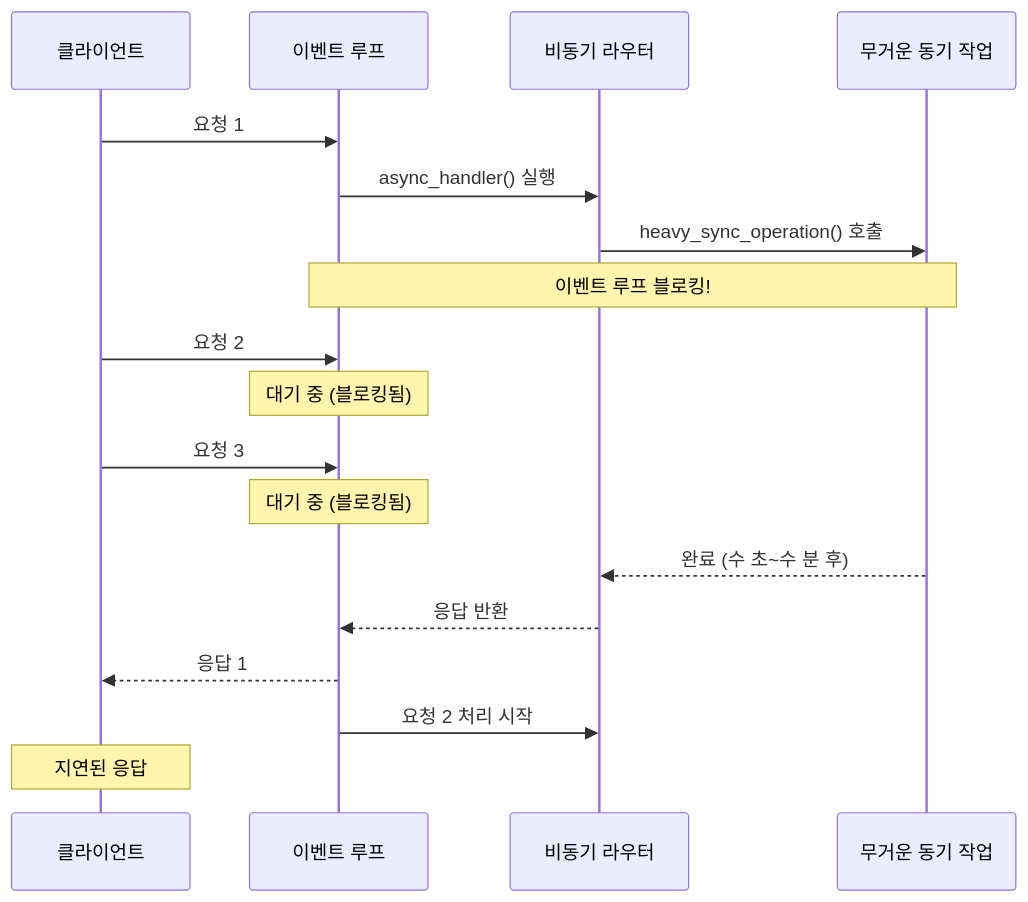
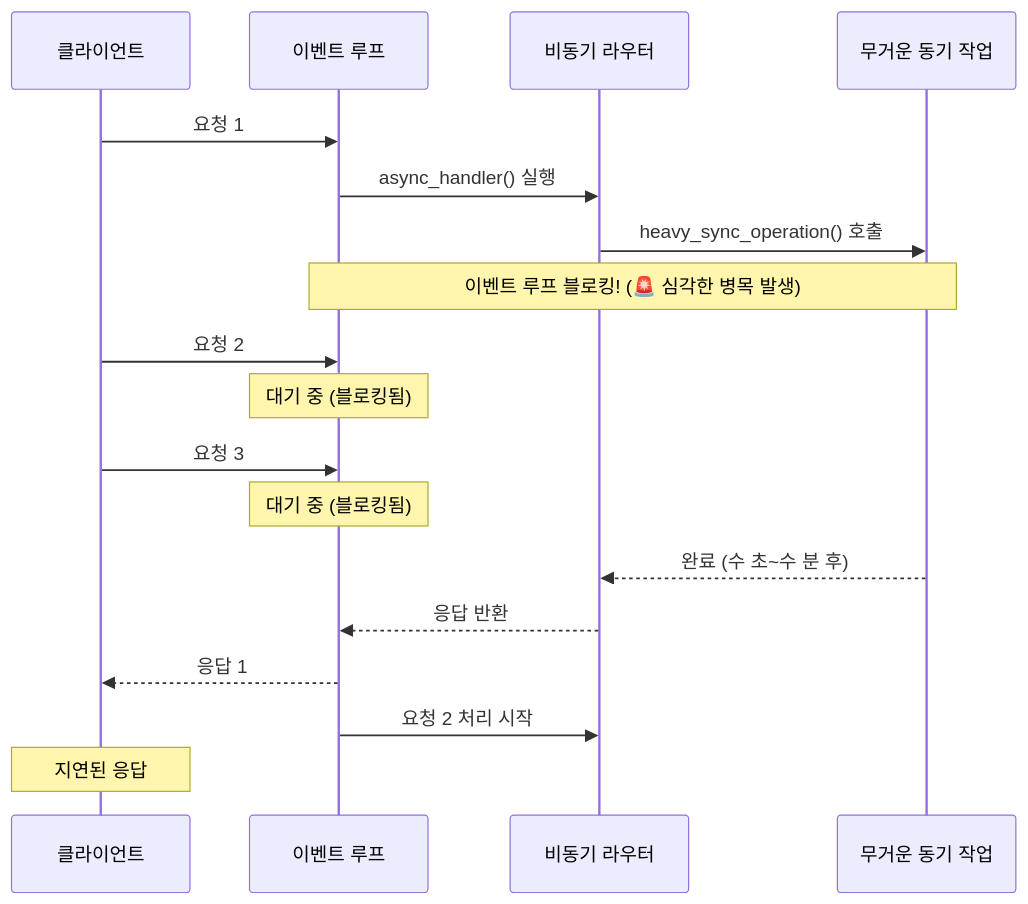
One commit to pai-bh/eventloop_debug changed the first of 2 diagrams in README.md. Above: the diagram before and after it, drawn with Mermaid. The commit also changed other lines of this file and 2 other files, not shown here.

````diff
--- a/README.md
+++ b/README.md
@@ -140,24 +163,24 @@
 ```mermaid
 sequenceDiagram
     participant Client as 클라이언트
     participant EL as 이벤트 루프
     participant AR as 비동기 라우터
     participant HSync as 무거운 동기 작업
     
     Client->>EL: 요청 1
     EL->>AR: async_handler() 실행
     AR->>HSync: heavy_sync_operation() 호출
-    Note over EL,HSync: 이벤트 루프 블로킹!
+    Note over EL,HSync: 이벤트 루프 블로킹! (🚨 심각한 병목 발생)
     
     Client->>EL: 요청 2
     Note over EL: 대기 중 (블로킹됨)
     Client->>EL: 요청 3
     Note over EL: 대기 중 (블로킹됨)
     
     HSync-->>AR: 완료 (수 초~수 분 후)
     AR-->>EL: 응답 반환
     EL-->>Client: 응답 1
     
     EL->>AR: 요청 2 처리 시작
     Note over Client: 지연된 응답
 ```
````
